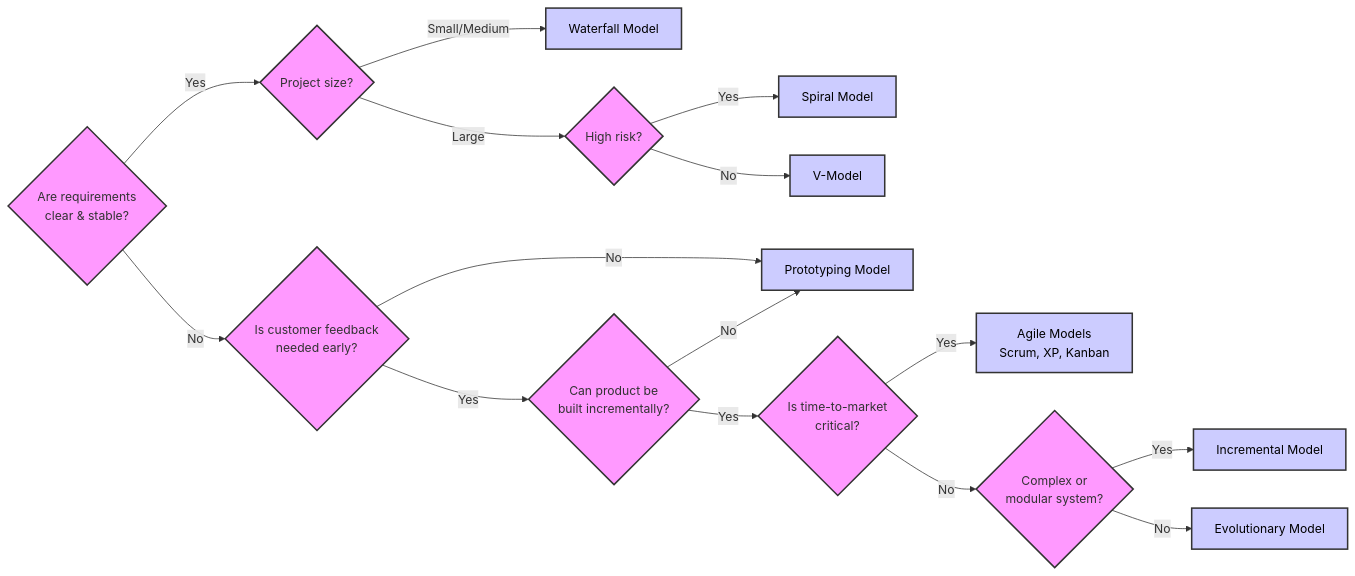
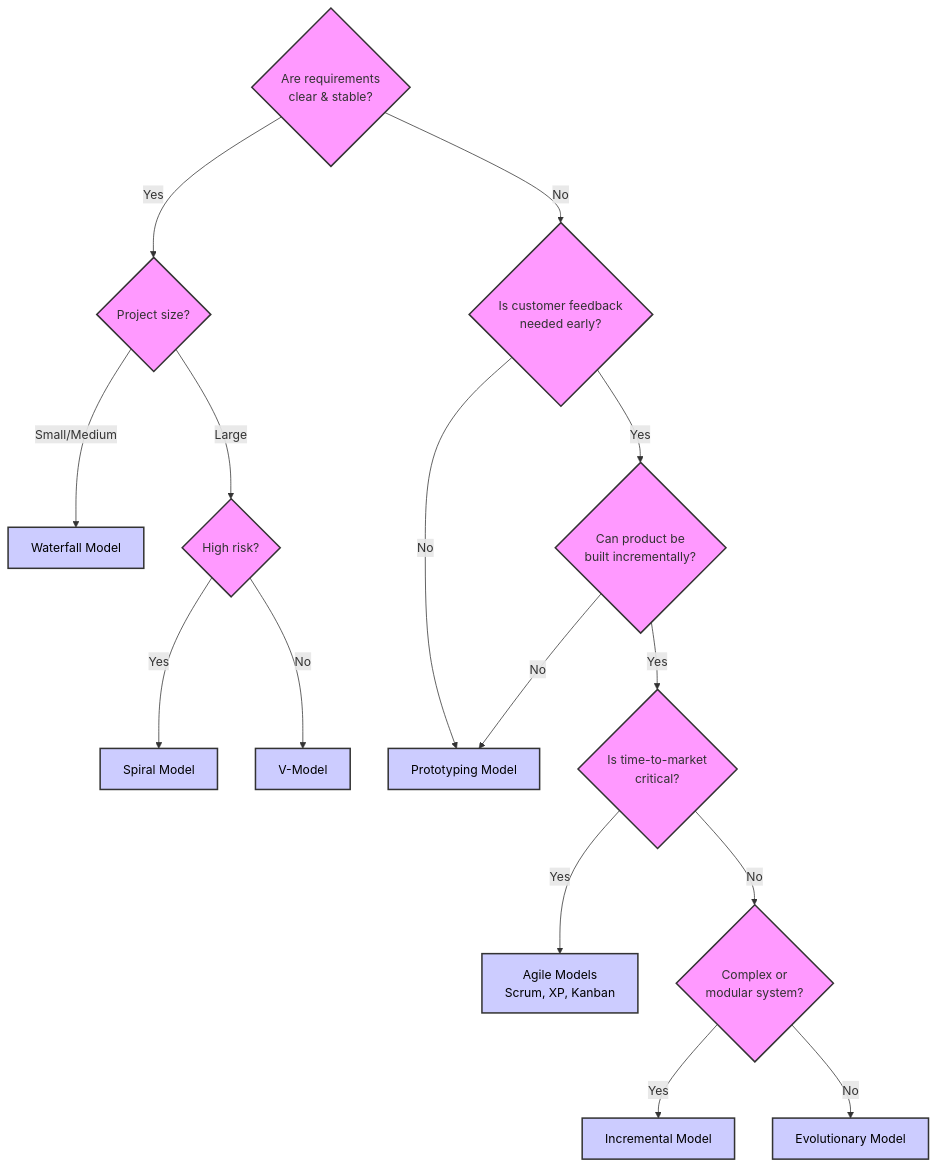
Before and after one commit to waraunika/Note-6thsem: the diagram in OOSE/Chapter 1 Introduction to Software and Software Engineering.md, drawn with Mermaid. The commit also changed other lines of this file and 34 other files, not shown here.

````diff
--- a/OOSE/Chapter 1 Introduction to Software and Software Engineering.md
+++ b/OOSE/Chapter 1 Introduction to Software and Software Engineering.md
@@ -413,34 +413,33 @@
 ```mermaid
-flowchart LR
+flowchart TD
    Q1{Are requirements<br>clear & stable?}
 
     Q1 -->|Yes| Q2{Project size?}
     Q1 -->|No| Q3{Is customer feedback<br>needed early?}
 
     Q2 -->|Small/Medium| Waterfall[Waterfall Model]
     Q2 -->|Large| Q4{High risk?}
 
     Q4 -->|Yes| Spiral[Spiral Model]
     Q4 -->|No| VModel[V-Model]
 
     Q3 -->|Yes| Q5{Can product be<br>built incrementally?}
     Q3 -->|No| Prototype[Prototyping Model]
 
     Q5 -->|Yes| Q6{Is time-to-market<br>critical?}
     Q5 -->|No| Prototype
 
     Q6 -->|Yes| Agile[Agile Models<br>Scrum, XP, Kanban]
     Q6 -->|No| Q7{Complex or<br>modular system?}
 
     Q7 -->|Yes| Incremental[Incremental Model]
     Q7 -->|No| Evolutionary[Evolutionary Model]
 
     %% Styling
     classDef decision fill:#f9f,stroke:#333,stroke-width:2px
     classDef model fill:#ccf,stroke:#333,stroke-width:2px,color:#000
     classDef startEnd fill:#9f9,stroke:#333,stroke-width:2px,color:#000
 
     class Q1,Q2,Q3,Q4,Q5,Q6,Q7 decision
     class Waterfall,VModel,Spiral,Prototype,Incremental,Evolutionary,Agile model
-    class Start,End startEnd
 ```
````
